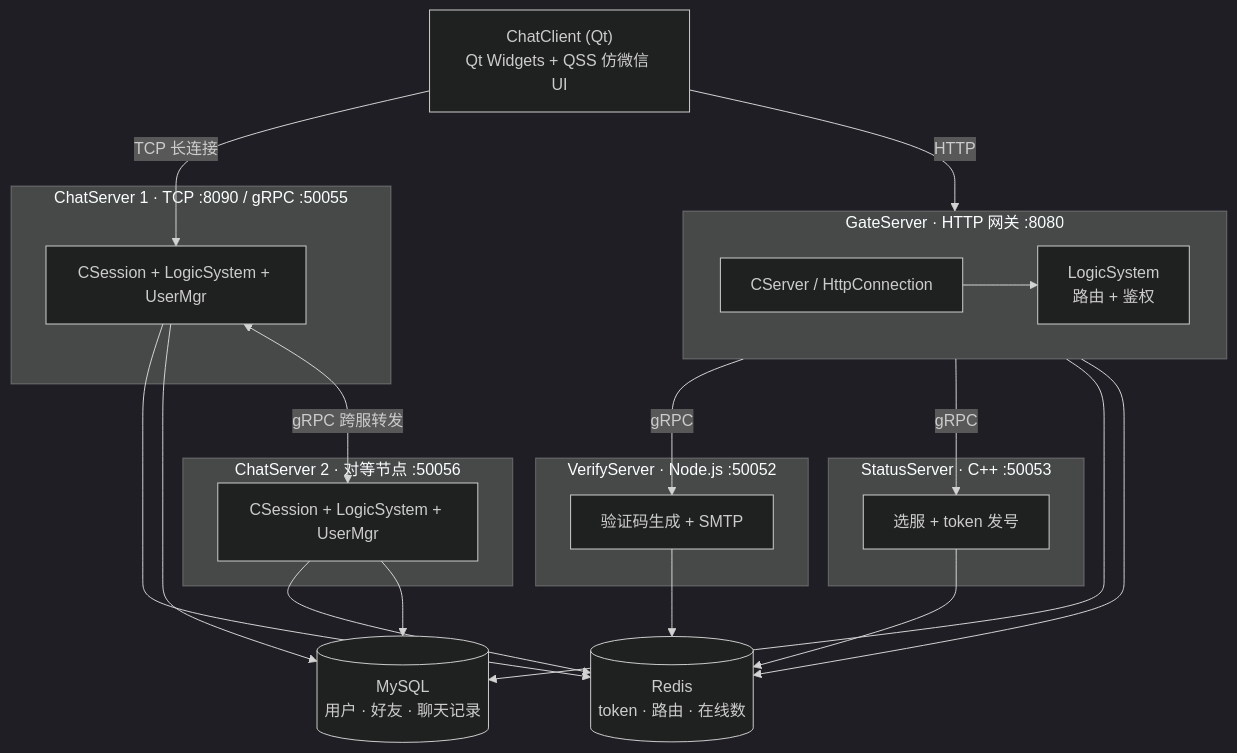
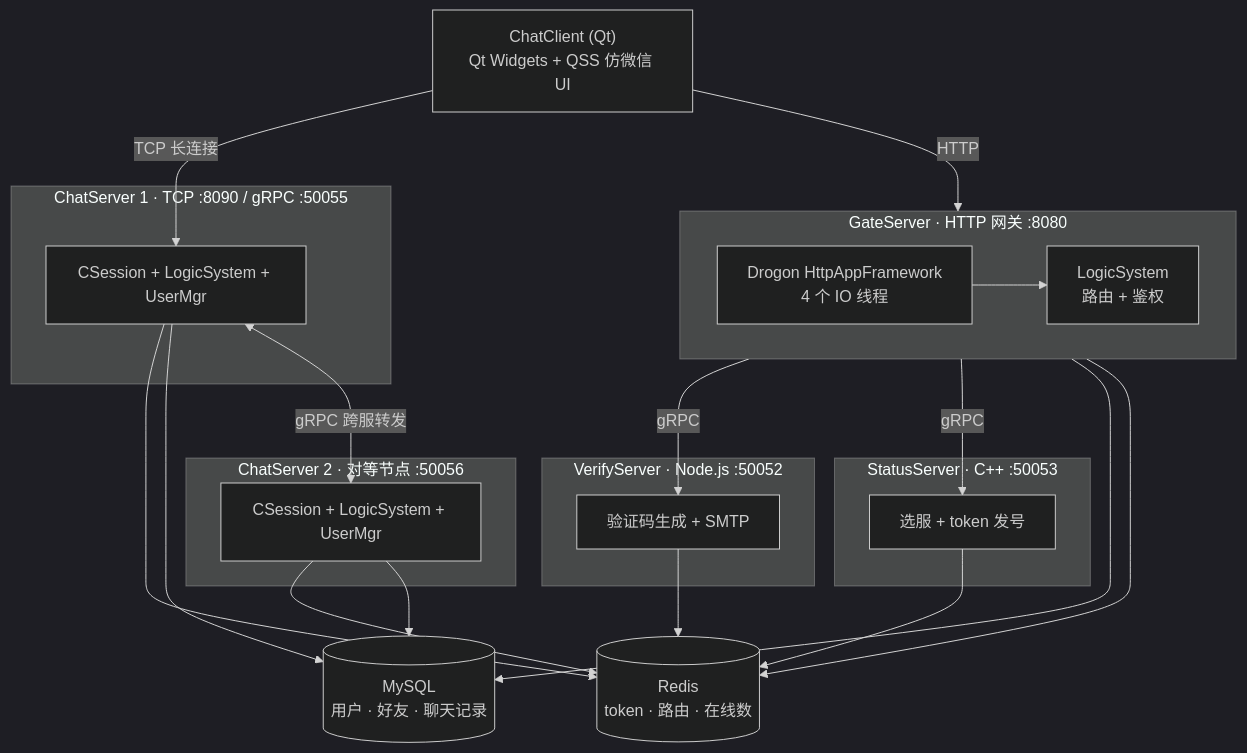
The first of 14 diagrams in docs/diagrams.md (zyuhao7/WeChat), drawn with Mermaid (dark theme) before and after one commit. The commit also changed other lines of this file and 14 other files, not shown here.

First line of the commit message:
refactor(gate): replace Asio HTTP stack with Drogon

````diff
--- a/docs/diagrams.md
+++ b/docs/diagrams.md
@@ -9,36 +9,36 @@
 ```mermaid
 flowchart TB
     Client["ChatClient (Qt)<br/>Qt Widgets + QSS 仿微信 UI"]
     subgraph Gate["GateServer · HTTP 网关 :8080"]
         direction LR
-        CServer["CServer / HttpConnection"] --> Logic["LogicSystem<br/>路由 + 鉴权"]
+        Drogon["Drogon HttpAppFramework<br/>4 个 IO 线程"] --> Logic["LogicSystem<br/>路由 + 鉴权"]
     end
     subgraph Verify["VerifyServer · Node.js :50052"]
         V["验证码生成 + SMTP"]
     end
     subgraph Status["StatusServer · C++ :50053"]
         S["选服 + token 发号"]
     end
     subgraph Chat1["ChatServer 1 · TCP :8090 / gRPC :50055"]
         CS1["CSession + LogicSystem + UserMgr"]
     end
     subgraph Chat2["ChatServer 2 · 对等节点 :50056"]
         CS2["CSession + LogicSystem + UserMgr"]
     end
     Redis[("Redis<br/>token · 路由 · 在线数")]
     MySQL[("MySQL<br/>用户 · 好友 · 聊天记录")]
 
-    Client -->|HTTP| CServer
+    Client -->|HTTP| Drogon
     Client -->|TCP 长连接| CS1
     Logic -->|gRPC| V
     Logic -->|gRPC| S
     Logic --> MySQL
     Logic --> Redis
     V --> Redis
     S --> Redis
     CS1 --> Redis
     CS1 --> MySQL
     CS1 <-->|gRPC 跨服转发| CS2
     CS2 --> Redis
     CS2 --> MySQL
 ```
````
